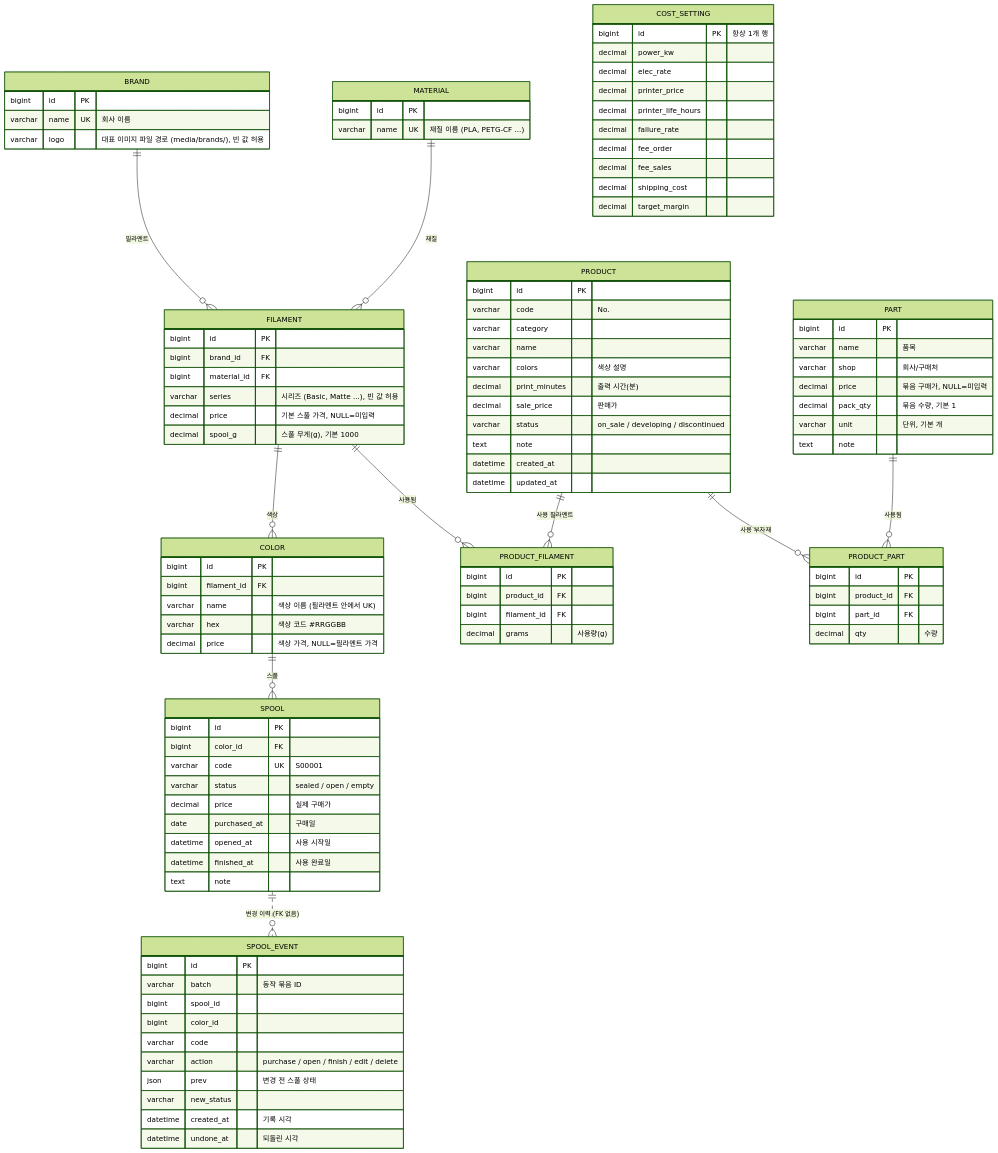
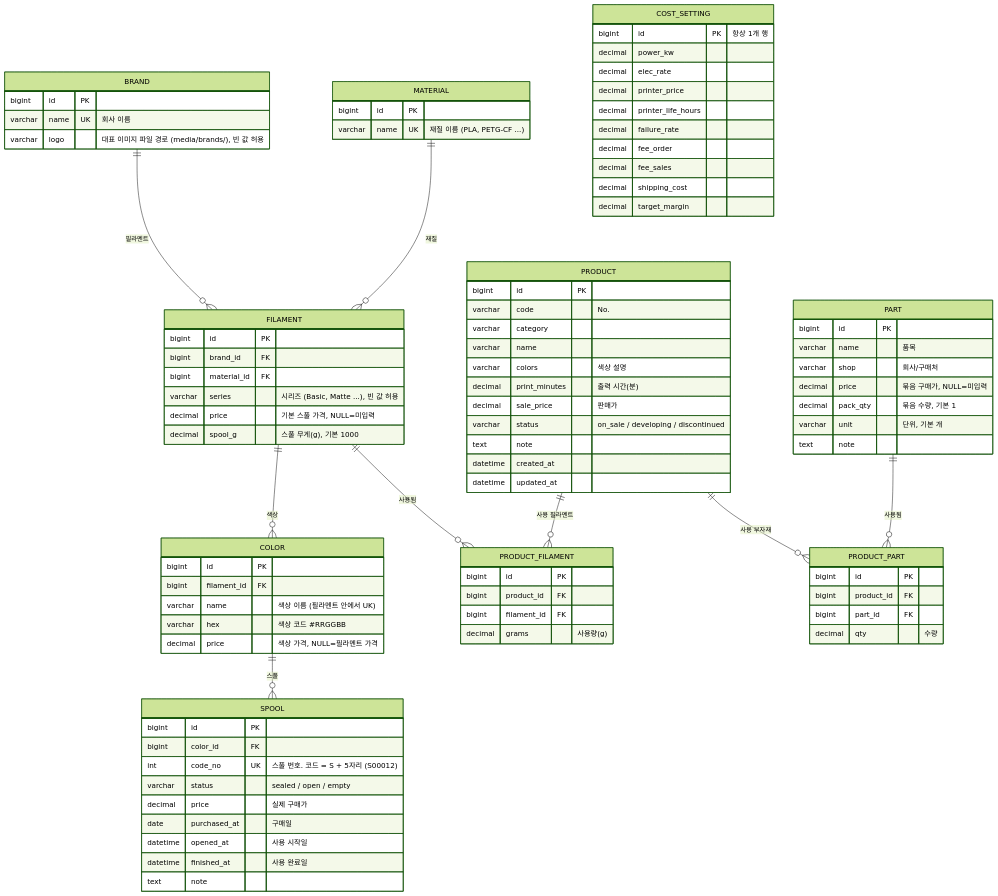
The diagram in docs/ERD.md (probeV/3D-Farm-Farm), drawn with Mermaid (forest theme) before and after one commit. The commit also changed other lines of this file and 5 other files, not shown here.

```diff
--- a/docs/ERD.md
+++ b/docs/ERD.md
@@ -10,7 +10,6 @@
     MATERIAL ||--o{ FILAMENT : "재질"
     FILAMENT ||--o{ COLOR : "색상"
     COLOR ||--o{ SPOOL : "스풀"
-    SPOOL ||..o{ SPOOL_EVENT : "변경 이력 (FK 없음)"
     PRODUCT ||--o{ PRODUCT_FILAMENT : "사용 필라멘트"
     FILAMENT ||--o{ PRODUCT_FILAMENT : "사용됨"
     PRODUCT ||--o{ PRODUCT_PART : "사용 부자재"
@@ -43,25 +42,13 @@
     SPOOL {
         bigint id PK
         bigint color_id FK
-        varchar code UK "S00001"
+        int code_no UK "스풀 번호. 코드 = S + 5자리 (S00012)"
         varchar status "sealed / open / empty"
         decimal price "실제 구매가"
         date purchased_at "구매일"
         datetime opened_at "사용 시작일"
         datetime finished_at "사용 완료일"
         text note
-    }
-    SPOOL_EVENT {
-        bigint id PK
-        varchar batch "동작 묶음 ID"
-        bigint spool_id
-        bigint color_id
-        varchar code
-        varchar action "purchase / open / finish / edit / delete"
-        json prev "변경 전 스풀 상태"
-        varchar new_status
-        datetime created_at "기록 시각"
-        datetime undone_at "되돌린 시각"
     }
     PART {
         bigint id PK
```
